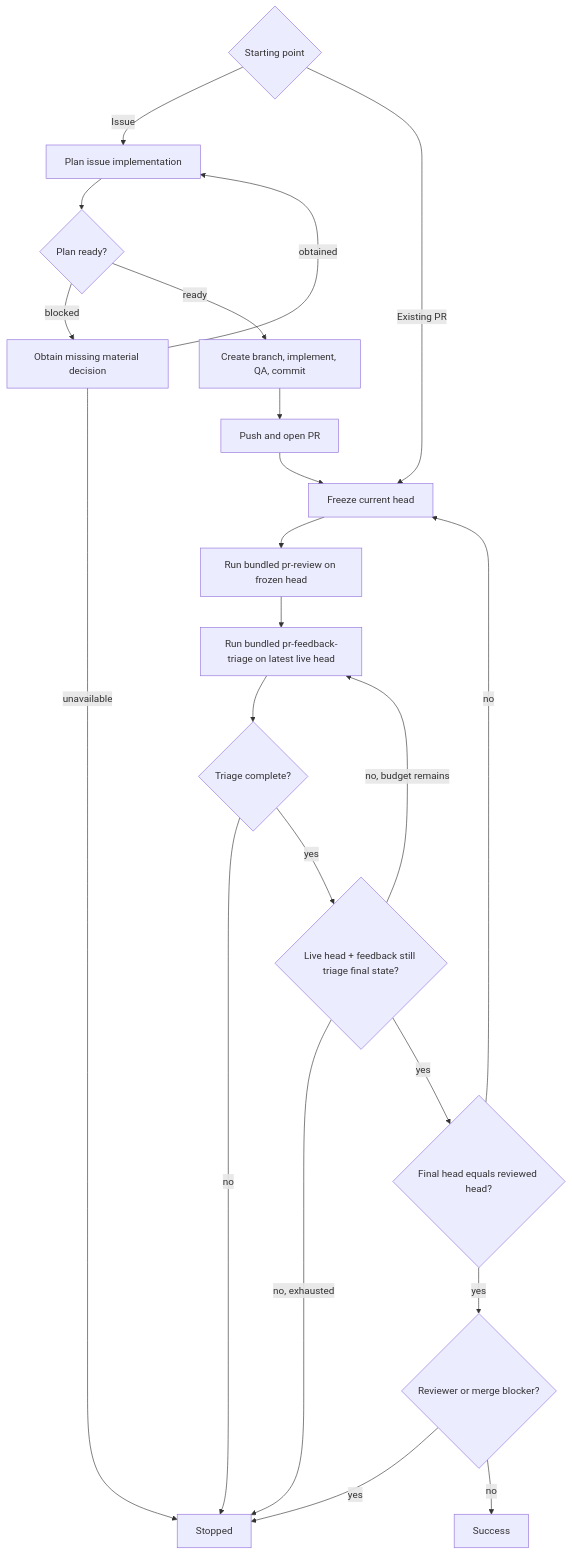
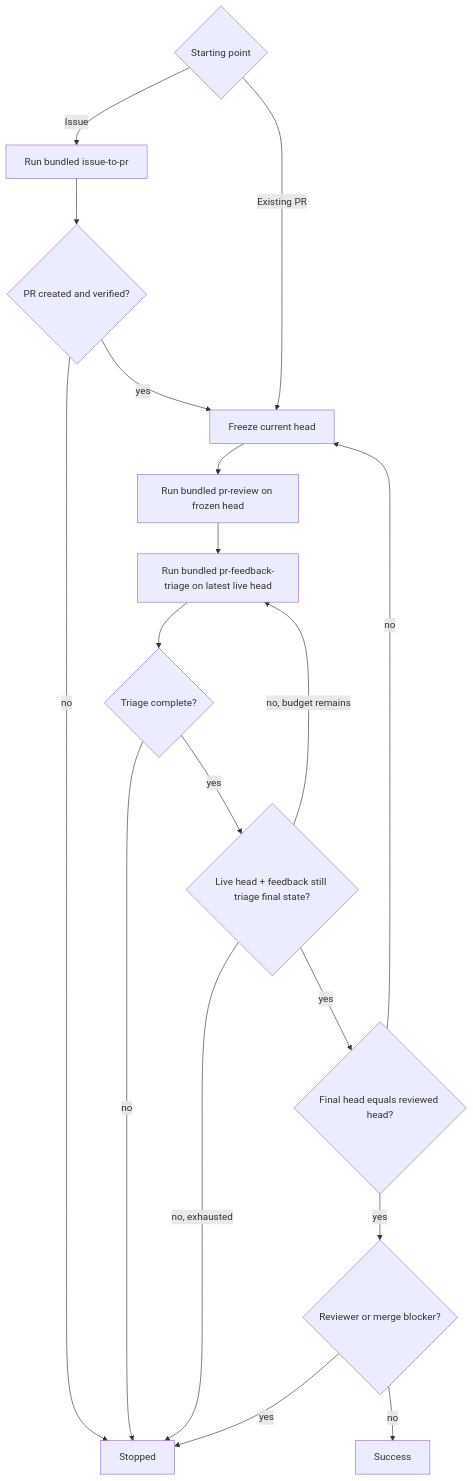
Before and after one commit to dceoy/pr-loop: the diagram in skills/pr-loop/SKILL.md, drawn with Mermaid. The commit also changed other lines of this file and 3 other files, not shown here.

````diff
--- a/skills/pr-loop/SKILL.md
+++ b/skills/pr-loop/SKILL.md
@@ -82,24 +79,20 @@
 ```mermaid
 flowchart TD
-  S{Starting point} -->|Issue| P[Plan issue implementation]
+  S{Starting point} -->|Issue| I[Run bundled issue-to-pr]
   S -->|Existing PR| A
-  P --> Q{Plan ready?}
-  Q -->|blocked| R[Obtain missing material decision]
-  R -->|obtained| P
-  R -->|unavailable| K[Stopped]
-  Q -->|ready| M[Create branch, implement, QA, commit]
-  M --> N[Push and open PR]
-  N --> A[Freeze current head]
+  I --> J{PR created and verified?}
+  J -->|no| K[Stopped]
+  J -->|yes| A[Freeze current head]
   A --> B[Run bundled pr-review on frozen head]
   B --> C[Run bundled pr-feedback-triage on latest live head]
   C --> D{Triage complete?}
   D -->|no| K
   D -->|yes| E{Live head + feedback still triage final state?}
   E -->|no, budget remains| C
   E -->|no, exhausted| K
   E -->|yes| F{Final head equals reviewed head?}
   F -->|no| A
   F -->|yes| G{Reviewer or merge blocker?}
   G -->|yes| K
   G -->|no| L[Success]
 ```
````
